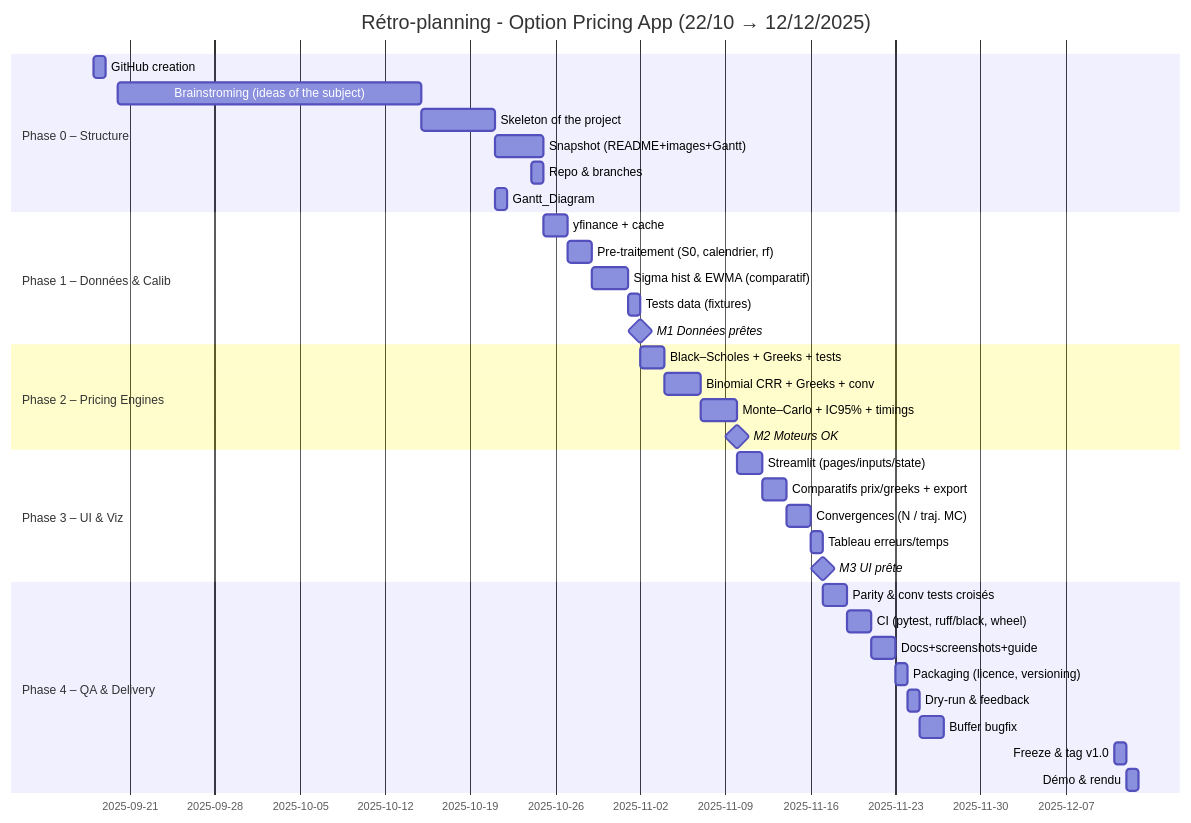
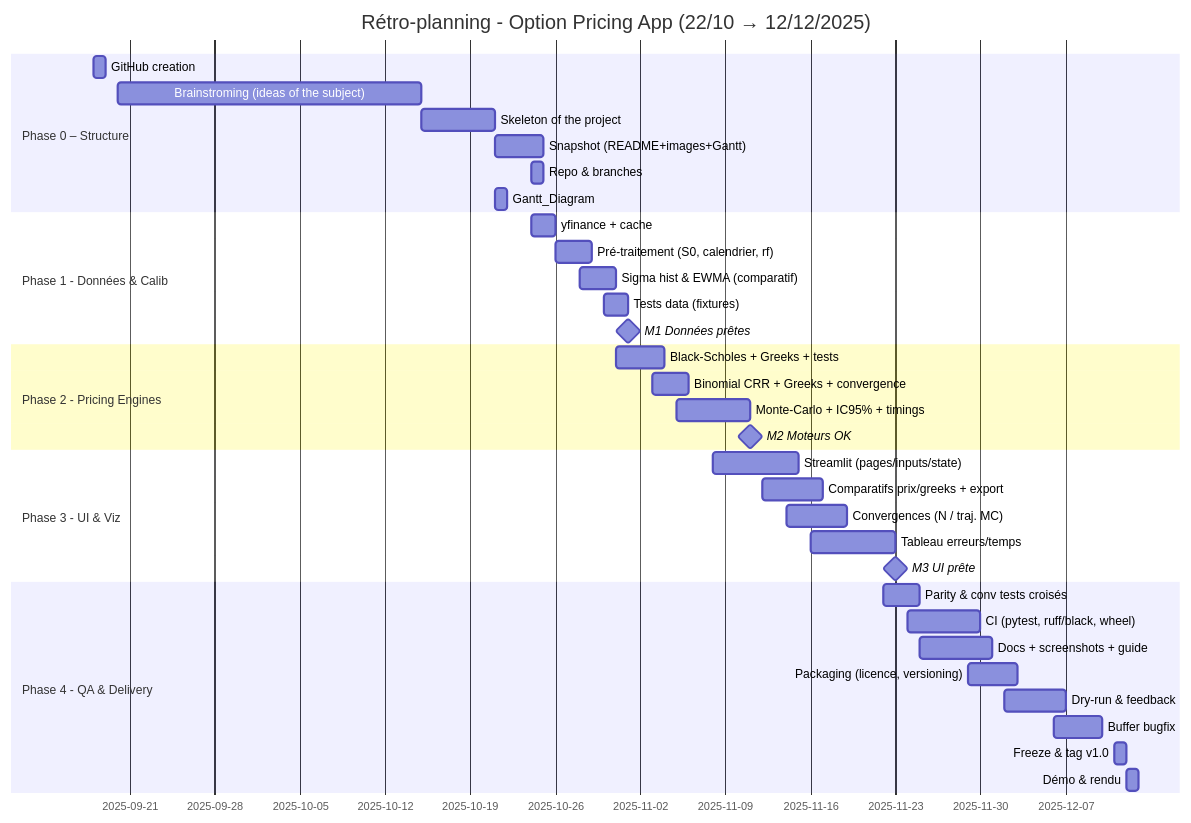
The first of 2 diagrams in roadmap/Gantt_Diagram.md (Karam-Benameur/stream_options), drawn with Mermaid before and after one commit. The commit also changed other lines of this file, not shown here.

````diff
--- a/roadmap/Gantt_Diagram.md
+++ b/roadmap/Gantt_Diagram.md
@@ -1,45 +2,45 @@
 ```mermaid
 gantt
     title Rétro-planning - Option Pricing App (22/10 → 12/12/2025)
     dateFormat  YYYY-MM-DD
 
     section Phase 0 – Structure 
     GitHub creation                     :s1, 2025-09-18, 1d
     Brainstroming (ideas of the subject):s2, 2025-09-20, 25d
     Skeleton of the project             :s3, 2025-10-15, 6d
     Snapshot (README+images+Gantt)      :s4, 2025-10-21, 4d
     Repo & branches                     :s5, 2025-10-24, 1d
     Gantt_Diagram                       :s6, 2025-10-21, 1d
 
-    section Phase 1 – Données & Calib
-    yfinance + cache                     :d1, after s4, 2d
-    Pre-traitement (S0, calendrier, rf)  :d2, after d1, 2d
-    Sigma hist & EWMA (comparatif)       :d3, after d2, 3d
-    Tests data (fixtures)                :d4, after d3, 1d
-    M1 Données prêtes                    :milestone, m1, after d4, 0d
+    section Phase 1 - Données & Calib
+    yfinance + cache                      :p1a, 2025-10-24, 2d
+    Pré-traitement (S0, calendrier, rf)   :p1b, 2025-10-26, 3d
+    Sigma hist & EWMA (comparatif)        :p1c, 2025-10-28, 3d
+    Tests data (fixtures)                 :p1d, 2025-10-30, 2d
+    M1 Données prêtes                     :milestone, m1, after p1d, 0d
 
-    section Phase 2 – Pricing Engines
-    Black–Scholes + Greeks + tests       :p1, after m1, 2d
-    Binomial CRR + Greeks + conv         :p2, after p1, 3d
-    Monte–Carlo + IC95% + timings        :p3, after p2, 3d
-    M2 Moteurs OK                        :milestone, m2, after p3, 0d
+    section Phase 2 - Pricing Engines
+    Black-Scholes + Greeks + tests        :p2a, 2025-10-31, 4d
+    Binomial CRR + Greeks + convergence   :p2b, 2025-11-03, 3d
+    Monte-Carlo + IC95% + timings         :p2c, 2025-11-05, 6d
+    M2 Moteurs OK                         :milestone, m2, after p2c, 0d
 
-    section Phase 3 – UI & Viz
-    Streamlit (pages/inputs/state)       :u1, after m2, 2d
-    Comparatifs prix/greeks + export     :u2, after u1, 2d
-    Convergences (N / traj. MC)          :u3, after u2, 2d
-    Tableau erreurs/temps                :u4, after u3, 1d
-    M3 UI prête                          :milestone, m3, after u4, 0d
+    section Phase 3 - UI & Viz
+    Streamlit (pages/inputs/state)        :p3a, 2025-11-08, 7d
+    Comparatifs prix/greeks + export      :p3b, 2025-11-12, 5d
+    Convergences (N / traj. MC)           :p3c, 2025-11-14, 5d
+    Tableau erreurs/temps                 :p3d, 2025-11-16, 7d
+    M3 UI prête                           :milestone, m3, after p3d, 0d
 
-    section Phase 4 – QA & Delivery
-    Parity & conv tests croisés          :q1, after m3, 2d
-    CI (pytest, ruff/black, wheel)       :q2, after q1, 2d
-    Docs+screenshots+guide               :q3, after q2, 2d
-    Packaging (licence, versioning)      :q4, after q3, 1d
-    Dry-run & feedback                   :q5, after q4, 1d
-    Buffer bugfix                        :q6, after q5, 2d
-    Freeze & tag v1.0                    :rel, 2025-12-11, 1d
-    Démo & rendu                         :fin, 2025-12-12, 1d
+    section Phase 4 - QA & Delivery
+    Parity & conv tests croisés           :p4a, 2025-11-22, 3d
+    CI (pytest, ruff/black, wheel)        :p4b, 2025-11-24, 6d
+    Docs + screenshots + guide            :p4c, 2025-11-25, 6d
+    Packaging (licence, versioning)       :p4d, 2025-11-29, 4d
+    Dry-run & feedback                    :p4e, 2025-12-02, 5d
+    Buffer bugfix                         :p4f, 2025-12-06, 4d
+    Freeze & tag v1.0                     :rel, 2025-12-11, 1d
+    Démo & rendu                          :fin, 2025-12-12, 1d
 
 
 ```
````
